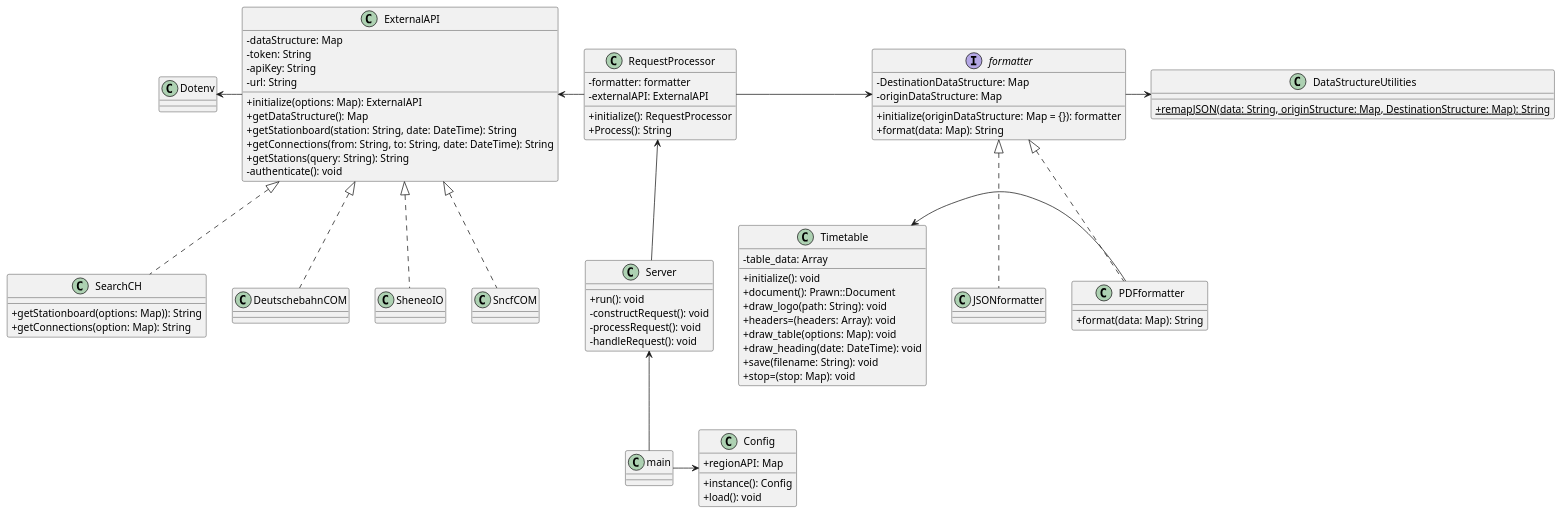
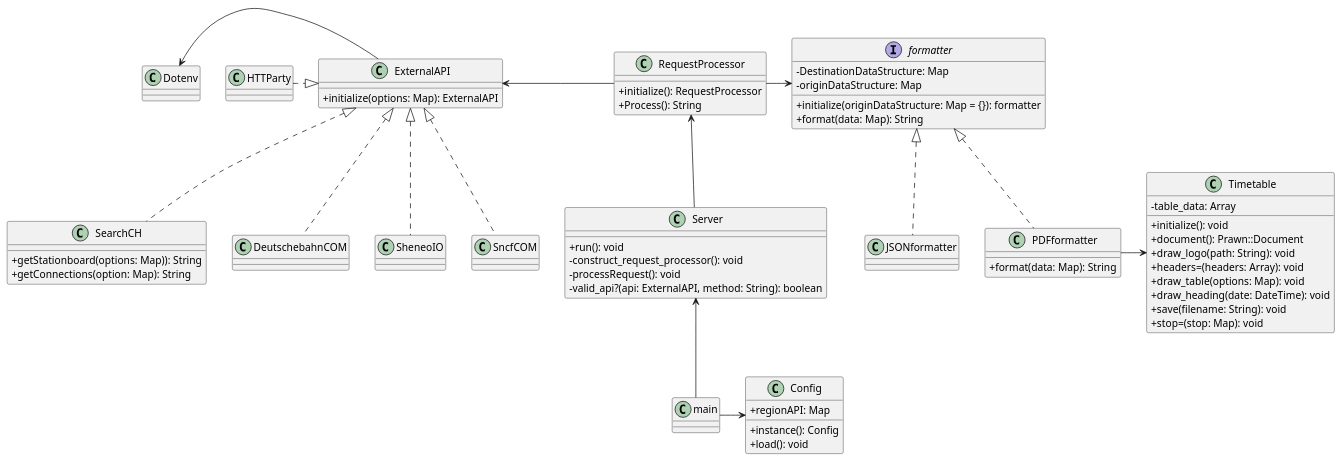
The diagram in docs/classDiagram.puml (CPNV-ES-BI1-RIA2-ETL-INTERNAL-SOURCE/DATA-GENERATOR-ETL), drawn with PlantUML before and after one commit.

Commit message:
docs: update class diagram

```diff
--- a/docs/classDiagram.puml
+++ b/docs/classDiagram.puml
@@ -1,111 +1,94 @@
 @startuml Data Generator
 skinparam classAttributeIconSize 0
 
 class Server{
 + run(): void
-- constructRequest(): void
+- construct_request_processor(): void
 - processRequest(): void
-- handleRequest(): void
+- valid_api?(api: ExternalAPI, method: String): boolean
 }
 
 class RequestProcessor{
-    - formatter: formatter
-    - externalAPI: ExternalAPI
     + initialize(): RequestProcessor
     + Process(): String
 }
 
 class ExternalAPI{
-    - dataStructure: Map
-    - token: String
-    - apiKey: String
-    - url: String
     + initialize(options: Map): ExternalAPI
-    + getDataStructure(): Map
-    + getStationboard(station: String, date: DateTime): String
-    + getConnections(from: String, to: String, date: DateTime): String
-    + getStations(query: String): String
-    - authenticate(): void
 }
 
 class SearchCH{
     + getStationboard(options: Map)): String
     + getConnections(option: Map): String
 }
 
 interface formatter{
     - DestinationDataStructure: Map
     - originDataStructure: Map
     + initialize(originDataStructure: Map = {}): formatter
     + format(data: Map): String
-}
-
-class DataStructureUtilities{
-    + {static} remapJSON(data: String, originStructure: Map, DestinationStructure: Map): String
 }
 
 class DeutschebahnCOM {
 }
 
 class SheneoIO {
 }
 
 class SncfCOM{
 }
 
 class JSONformatter{
 }
 
 class PDFformatter{
     + format(data: Map): String
 }
 
 class Timetable {
   - table_data: Array
   + initialize(): void
   + document(): Prawn::Document
   + draw_logo(path: String): void
   + headers=(headers: Array): void
   + draw_table(options: Map): void
   + draw_heading(date: DateTime): void
   + save(filename: String): void
   + stop=(stop: Map): void
 }
 
 
 class Dotenv{
 }
 
 'Singleton
 class Config{
     'available regions will have one or more API classes associated with it
     + regionAPI: Map
     + instance(): Config
     + load(): void
 }
 
 RequestProcessor -right-> formatter
 formatter <|.. JSONformatter
 formatter <|.. PDFformatter
 
-formatter -right->DataStructureUtilities
+PDFformatter -right-> Timetable
 
-PDFformatter -left-> Timetable
-
-
+ExternalAPI <|.left. HTTParty
 SearchCH .up.|> ExternalAPI
 DeutschebahnCOM .up.|> ExternalAPI
 SheneoIO .up.|> ExternalAPI
 SncfCOM .up.|> ExternalAPI
 
 Server -up-> RequestProcessor
 RequestProcessor -left-> ExternalAPI
 
 'Dotenv file not a class
 ExternalAPI -left-> Dotenv
 
 'Main will be just a file, maybe called index, doesn't really matter
 main -up-> Server
 main -right-> Config
 
 @enduml
```
